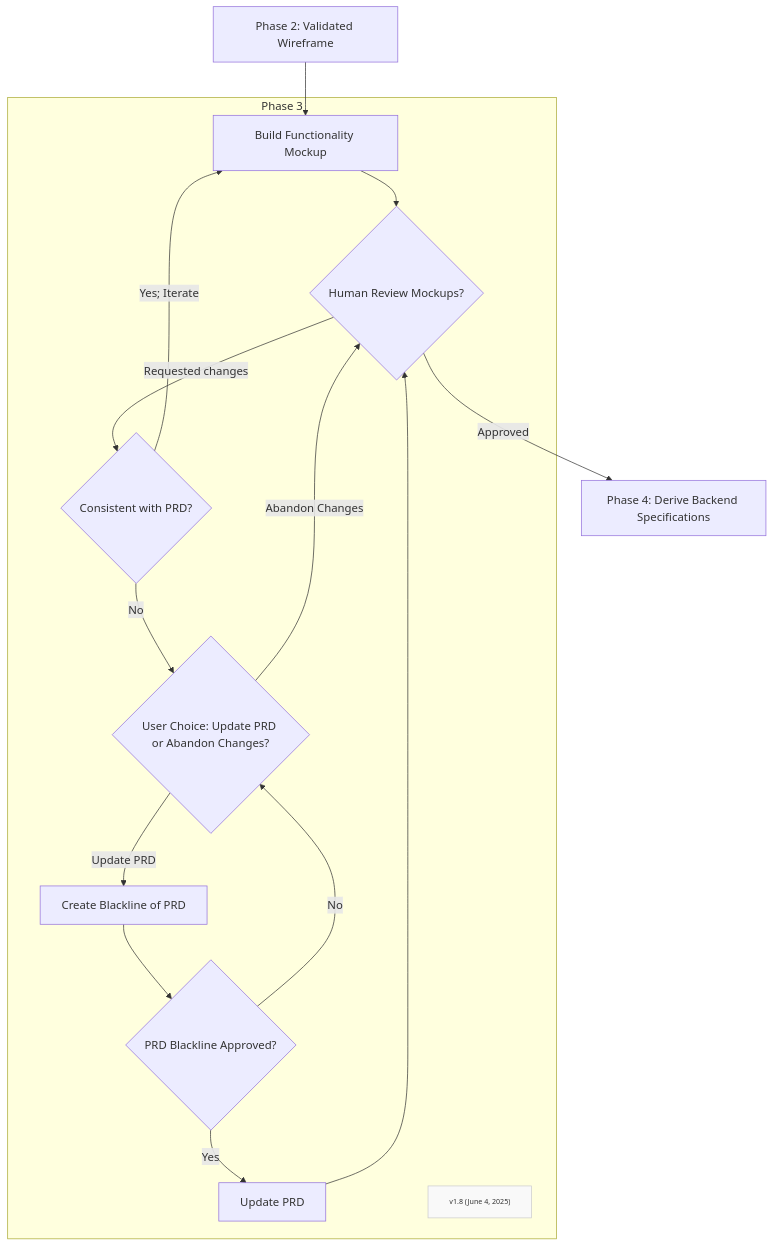
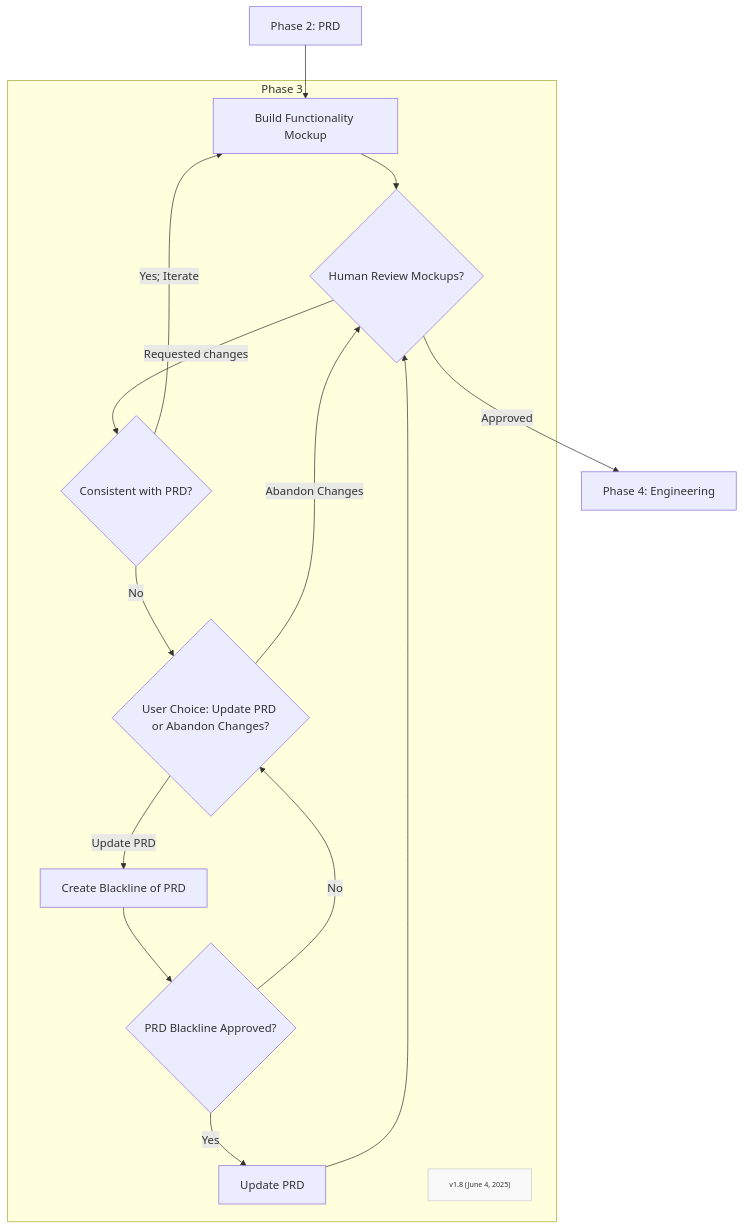
The diagram in Phases/FF-phase3.md (Mharbulous/Front-First-Method), drawn with Mermaid before and after one commit. The commit also changed 7 other files, not shown here.

````diff
--- a/Phases/FF-phase3.md
+++ b/Phases/FF-phase3.md
@@ -2,30 +2,30 @@
 ```mermaid
 graph TD
-    B1["Phase 2: Validated Wireframe"] --> B2["Build Functionality Mockup"]
-    B2_Val -->|Approved| Phase4["Phase 4: Derive Backend Specifications"]
+    B1["Phase 2: PRD"] --> B2["Build Functionality Mockup"]
+    B2_Val -->|Approved| Phase4["Phase 4: Engineering"]
 
     subgraph Phase3["Phase 3"]
         B2 --> B2_Val{"Human Review Mockups?"}
 
         B2_Val -->|Requested changes|Consistent_Val{"Consistent with PRD?"}
     
         Consistent_Val -->|No| B2_User_Choice{"User Choice: Update PRD or Abandon Changes?"}
         Consistent_Val -->|Yes; Iterate|B2
 
         B2_User_Choice -->|Update PRD| B2_PRD_Update["Create Blackline of PRD"]
         B2_User_Choice -->|Abandon Changes| B2_Val
     
         B2_PRD_Approved -->|Yes| B3["Update PRD"]    
         B2_PRD_Approved -->|No| B2_User_Choice   
 
         B2_PRD_Update --> B2_PRD_Approved{"PRD Blackline Approved?"}
         
         B3 --> B2_Val
 
         Version["v1.8 (June 4, 2025)"]
         classDef version fill:#f9f9f9,stroke:#ccc,font-size:10px
         class Version version
     end
 
 
 ```
````
